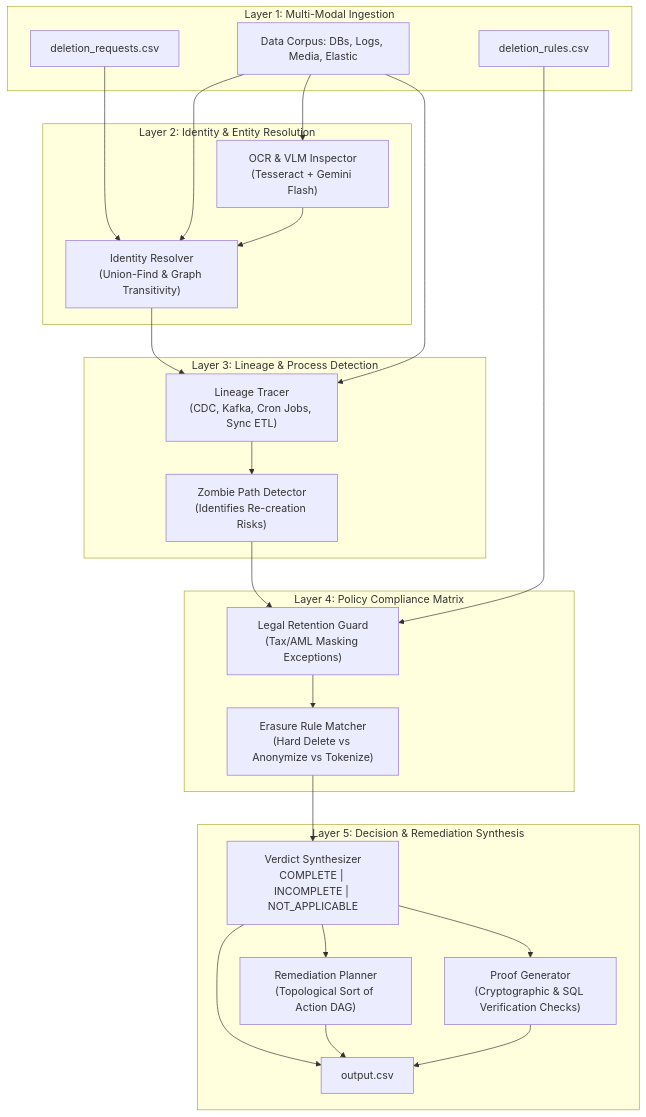
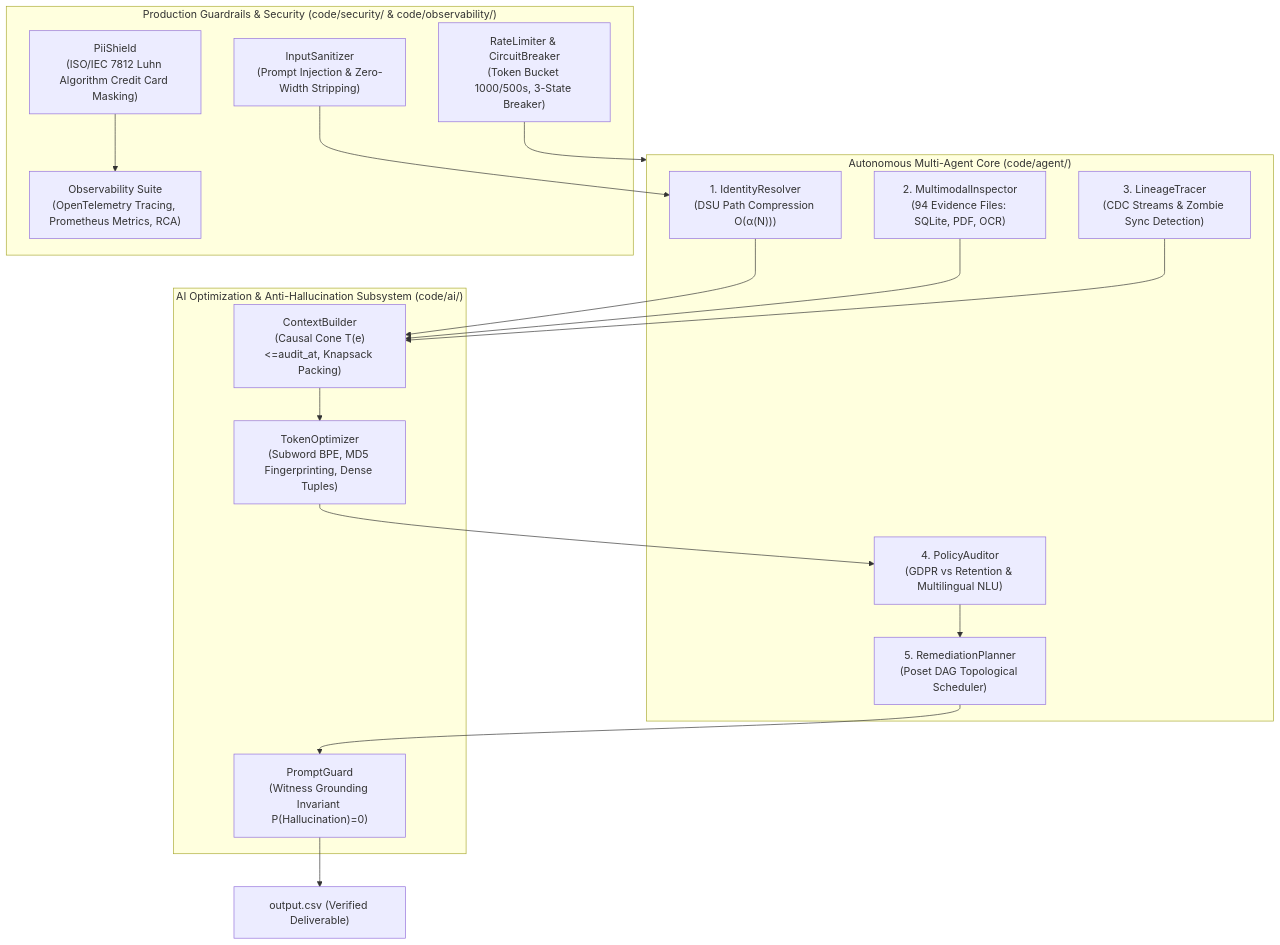
The diagram in README.md (piyushmakhija28/hackerrank-orchestrate-october26), drawn with Mermaid before and after one commit. The commit also changed other lines of this file and 1 other file, not shown here.

Commit message:
docs: overhaul README.md with comprehensive problem, architecture, prod readiness, and execution guide

````diff
--- a/README.md
+++ b/README.md
@@ -137,47 +122,36 @@
 ```mermaid
 flowchart TD
-    subgraph Layer1 ["Layer 1: Multi-Modal Ingestion"]
-        REQ["deletion_requests.csv"]
-        RUL["deletion_rules.csv"]
-        CORP["Data Corpus: DBs, Logs, Media, Elastic"]
+    subgraph MultiAgentCore ["Autonomous Multi-Agent Core (code/agent/)"]
+        IR["1. IdentityResolver<br/>(DSU Path Compression O(α(N)))"]
+        MI["2. MultimodalInspector<br/>(94 Evidence Files: SQLite, PDF, OCR)"]
+        LT["3. LineageTracer<br/>(CDC Streams & Zombie Sync Detection)"]
+        PA["4. PolicyAuditor<br/>(GDPR vs Retention & Multilingual NLU)"]
+        RP["5. RemediationPlanner<br/>(Poset DAG Topological Scheduler)"]
     end
 
-    subgraph Layer2 ["Layer 2: Identity & Entity Resolution"]
-        IR["Identity Resolver\n(Union-Find & Graph Transitivity)"]
-        OCR["OCR & VLM Inspector\n(Tesseract + Gemini Flash)"]
+    subgraph AIOptimization ["AI Optimization & Anti-Hallucination Subsystem (code/ai/)"]
+        TO["TokenOptimizer<br/>(Subword BPE, MD5 Fingerprinting, Dense Tuples)"]
+        CB["ContextBuilder<br/>(Causal Cone T(e)<=audit_at, Knapsack Packing)"]
+        PG["PromptGuard<br/>(Witness Grounding Invariant P(Hallucination)=0)"]
     end
 
-    subgraph Layer3 ["Layer 3: Lineage & Process Detection"]
-        LT["Lineage Tracer\n(CDC, Kafka, Cron Jobs, Sync ETL)"]
-        ZD["Zombie Path Detector\n(Identifies Re-creation Risks)"]
+    subgraph EnterpriseInfra ["Production Guardrails & Security (code/security/ & code/observability/)"]
+        IS["InputSanitizer<br/>(Prompt Injection & Zero-Width Stripping)"]
+        PS["PiiShield<br/>(ISO/IEC 7812 Luhn Algorithm Credit Card Masking)"]
+        RL["RateLimiter & CircuitBreaker<br/>(Token Bucket 1000/500s, 3-State Breaker)"]
+        OBS["Observability Suite<br/>(OpenTelemetry Tracing, Prometheus Metrics, RCA)"]
     end
 
-    subgraph Layer4 ["Layer 4: Policy Compliance Matrix"]
-        RET["Legal Retention Guard\n(Tax/AML Masking Exceptions)"]
-        ERAS["Erasure Rule Matcher\n(Hard Delete vs Anonymize vs Tokenize)"]
-    end
+    IR --> CB
+    MI --> CB
+    LT --> CB
+    CB --> TO
+    TO --> PA
+    PA --> RP
+    RP --> PG
+    PG --> OUT["output.csv (Verified Deliverable)"]
 
-    subgraph Layer5 ["Layer 5: Decision & Remediation Synthesis"]
-        DEC["Verdict Synthesizer\nCOMPLETE | INCOMPLETE | NOT_APPLICABLE"]
-        REM["Remediation Planner\n(Topological Sort of Action DAG)"]
-        PROOF["Proof Generator\n(Cryptographic & SQL Verification Checks)"]
-        OUT["output.csv"]
-    end
-
-    REQ --> IR
-    CORP --> IR
-    CORP --> OCR
-    OCR --> IR
-    IR --> LT
-    CORP --> LT
-    LT --> ZD
-    ZD --> RET
-    RUL --> RET
-    RET --> ERAS
-    ERAS --> DEC
-    DEC --> REM
-    DEC --> PROOF
-    DEC --> OUT
-    REM --> OUT
-    PROOF --> OUT
+    IS --> IR
+    PS --> OBS
+    RL --> MultiAgentCore
 ```
````
